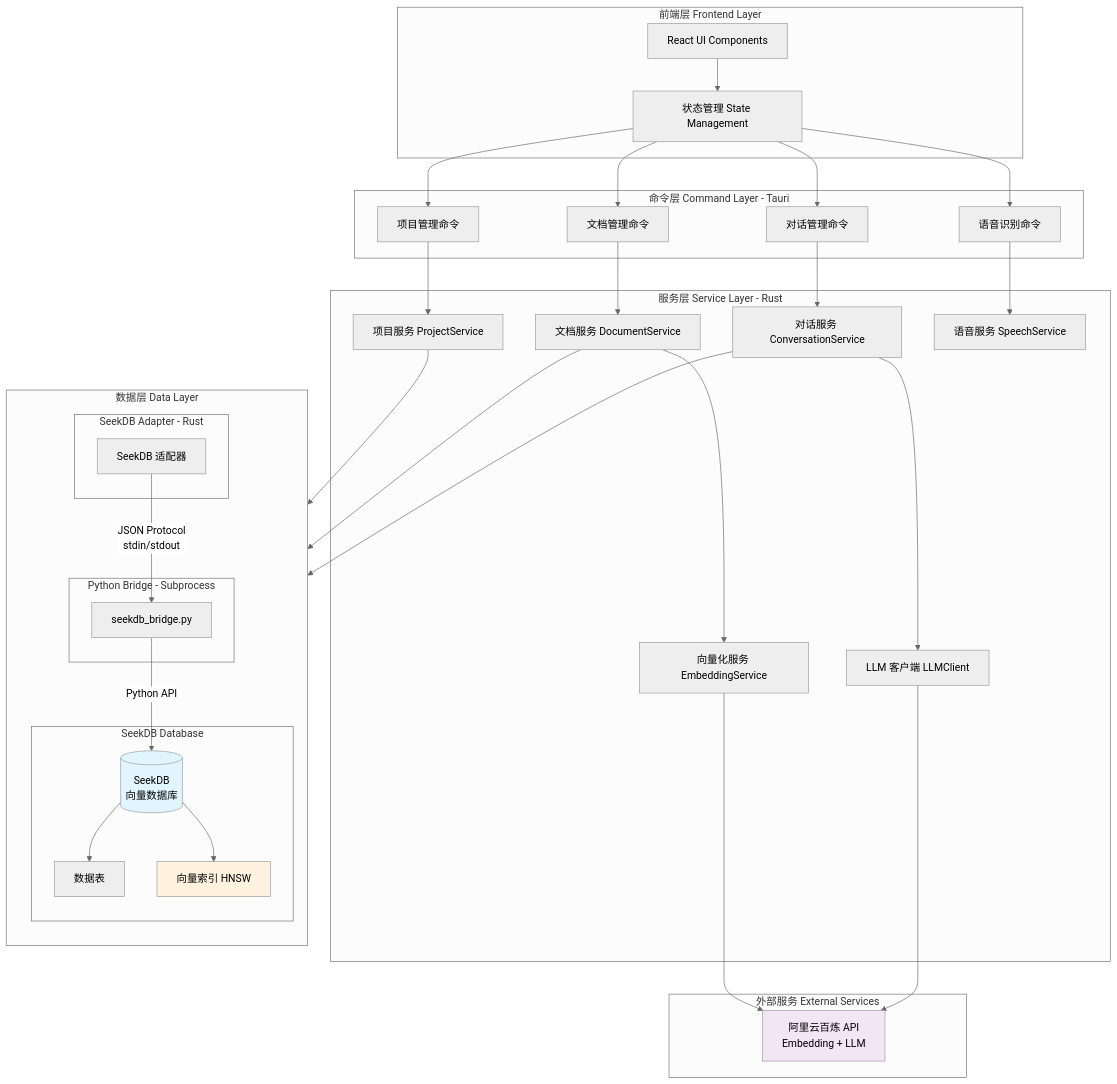
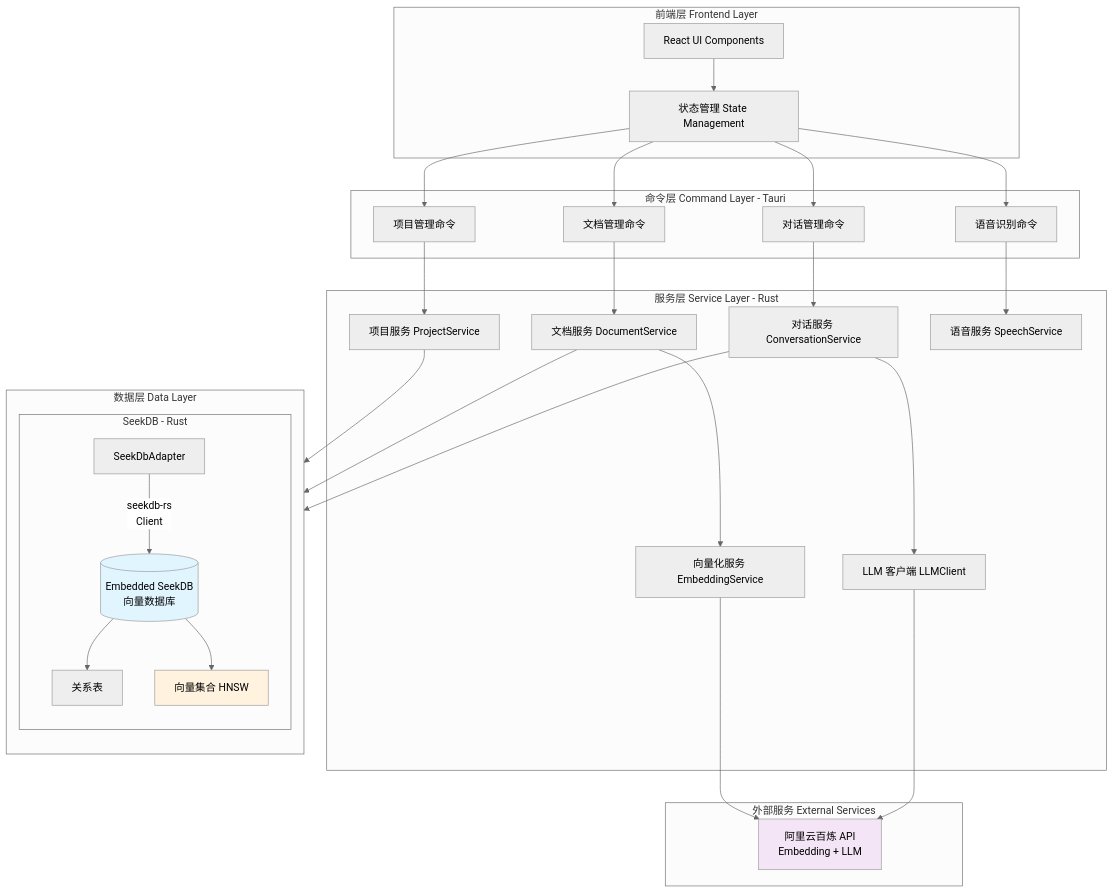
One commit to dengfuping/mine-kb changed the first of 2 diagrams in docs/MINEKB_DEV_TUTORIAL.md. Above: the diagram before and after it, drawn with Mermaid (neutral theme). The commit also changed other lines of this file and 43 other files, not shown here.

Commit message:
refact: Migrate from pyseekdb to seekdb-rs and remove Python bridge

````diff
--- a/docs/MINEKB_DEV_TUTORIAL.md
+++ b/docs/MINEKB_DEV_TUTORIAL.md
@@ -79,74 +79,66 @@
 ```mermaid
 graph TB
     subgraph "前端层 Frontend Layer"
         UI[React UI Components]
         State[状态管理 State Management]
     end
     
     subgraph "命令层 Command Layer - Tauri"
         CMD_Project[项目管理命令]
         CMD_Doc[文档管理命令]
         CMD_Chat[对话管理命令]
         CMD_Speech[语音识别命令]
     end
     
     subgraph "服务层 Service Layer - Rust"
         SVC_Project[项目服务 ProjectService]
         SVC_Doc[文档服务 DocumentService]
         SVC_Embed[向量化服务 EmbeddingService]
         SVC_LLM[LLM 客户端 LLMClient]
         SVC_Conv[对话服务 ConversationService]
         SVC_Speech[语音服务 SpeechService]
     end
     
     subgraph "数据层 Data Layer"
         direction TB
         
-        subgraph "SeekDB Adapter - Rust"
-            Adapter[SeekDB 适配器]
+        subgraph "SeekDB - Rust"
+            Adapter[SeekDbAdapter]
+            DB[(Embedded SeekDB<br/>向量数据库)]
+            Tables[关系表]
+            VectorIndex[向量集合 HNSW]
         end
         
-        subgraph "Python Bridge - Subprocess"
-            Bridge[seekdb_bridge.py]
-        end
-        
-        subgraph "SeekDB Database"
-            DB[(SeekDB<br/>向量数据库)]
-            Tables[数据表]
-            VectorIndex[向量索引 HNSW]
-        end
-        
-        Adapter -->|JSON Protocol<br/>stdin/stdout| Bridge
-        Bridge -->|Python API| DB
+        Adapter -->|seekdb-rs<br/>Client| DB
         DB --> Tables
         DB --> VectorIndex
     end
     
     subgraph "外部服务 External Services"
         DashScope[阿里云百炼 API<br/>Embedding + LLM]
     end
     
     UI --> State
     State --> CMD_Project
     State --> CMD_Doc
     State --> CMD_Chat
     State --> CMD_Speech
     
     CMD_Project --> SVC_Project
     CMD_Doc --> SVC_Doc
     CMD_Chat --> SVC_Conv
     CMD_Speech --> SVC_Speech
     
     SVC_Doc --> SVC_Embed
     SVC_Conv --> SVC_LLM
     
     SVC_Project --> Adapter
     SVC_Doc --> Adapter
     SVC_Embed --> DashScope
     SVC_Conv --> Adapter
     SVC_LLM --> DashScope
     
     style DB fill:#e1f5ff
     style VectorIndex fill:#fff3e0
     style DashScope fill:#f3e5f5
 ```
````
